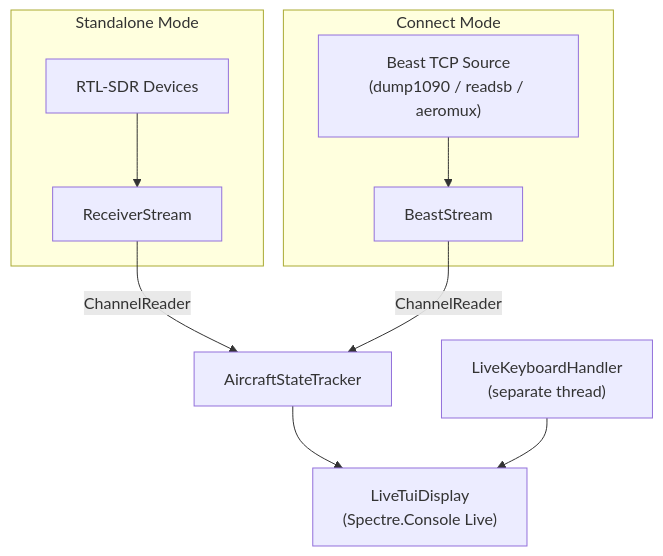
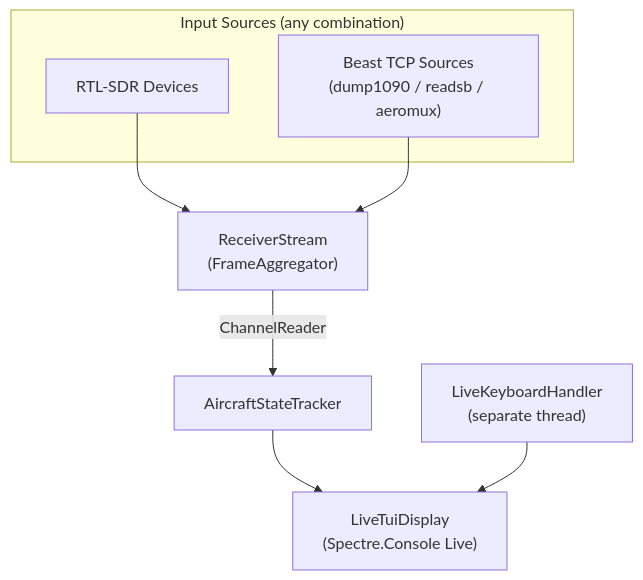
One commit to aeromux/aeromux changed diagram 11 of 11 in docs/ARCHITECTURE.md. Above: the diagram before and after it, drawn with Mermaid. The commit also changed other lines of this file and 45 other files, not shown here.

Commit message:
Implement unified input model with aggregated SDR and Beast sources (CLI, config, streaming, docs, tests)

````diff
--- a/docs/ARCHITECTURE.md
+++ b/docs/ARCHITECTURE.md
@@ -680,16 +696,15 @@
 ```mermaid
 flowchart TD
-    subgraph standalone["Standalone Mode"]
-        SDR2["RTL-SDR Devices"] --> RS2["ReceiverStream"]
+    subgraph sources["Input Sources (any combination)"]
+        SDR2["RTL-SDR Devices"]
+        TCP["Beast TCP Sources<br/>(dump1090 / readsb / aeromux)"]
     end
 
-    subgraph connect["Connect Mode"]
-        TCP["Beast TCP Source<br/>(dump1090 / readsb / aeromux)"] --> BS["BeastStream"]
-    end
+    SDR2 --> RS2["ReceiverStream<br/>(FrameAggregator)"]
+    TCP --> RS2
 
     RS2 -->|ChannelReader| TRACKER2["AircraftStateTracker"]
-    BS -->|ChannelReader| TRACKER2
 
     TRACKER2 --> DISPLAY["LiveTuiDisplay<br/>(Spectre.Console Live)"]
     KB["LiveKeyboardHandler<br/>(separate thread)"] --> DISPLAY
 ```
````
